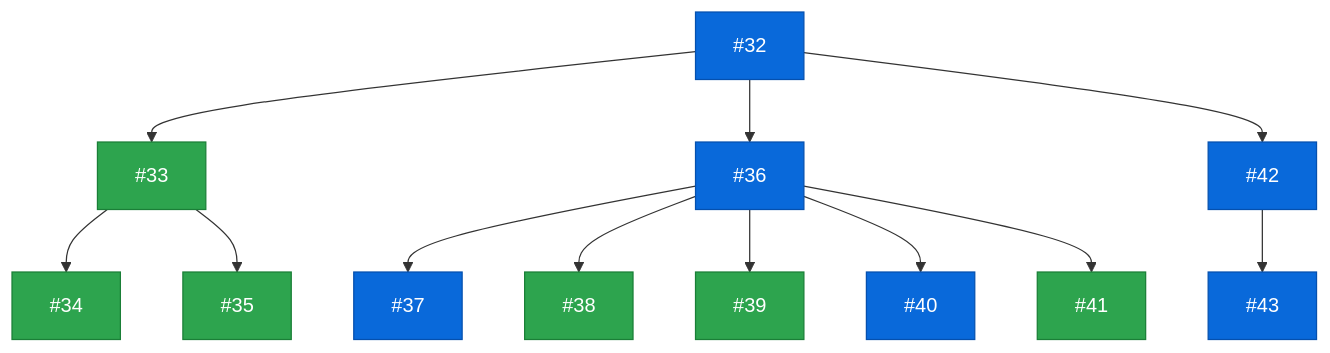
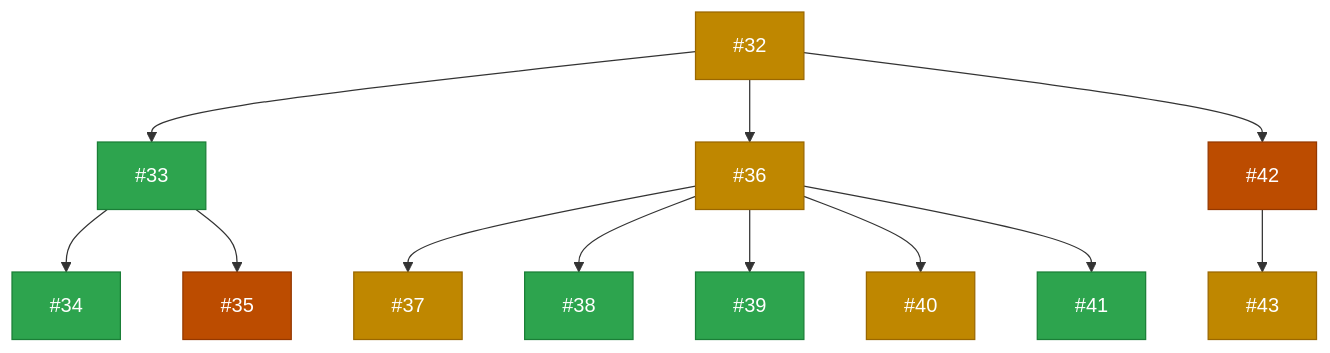
Before and after one commit to zappfish/zapp-requirements-tracker: the fifth of 9 diagrams in README.md, drawn with Mermaid. The commit also changed other lines of this file, not shown here.

Commit message:
Update WBS diagram colors to match project board statuses (#116)

````diff
--- a/README.md
+++ b/README.md
@@ -237,43 +237,43 @@
 ```mermaid
 graph TD
-    R3["#32"]:::upnext
+    R3["#32"]:::inprogress
 
     R3A["#33"]:::backlog
-    R3B["#36"]:::upnext
-    R3C["#42"]:::upnext
+    R3B["#36"]:::inprogress
+    R3C["#42"]:::done
     R3 --> R3A & R3B & R3C
 
     R3A1["#34"]:::backlog
-    R3A2["#35"]:::backlog
+    R3A2["#35"]:::done
     R3A --> R3A1 & R3A2
 
-    R3B1["#37"]:::upnext
+    R3B1["#37"]:::inprogress
     R3B2["#38"]:::backlog
     R3B3["#39"]:::backlog
-    R3B4["#40"]:::upnext
+    R3B4["#40"]:::inprogress
     R3B5["#41"]:::backlog
     R3B --> R3B1 & R3B2 & R3B3 & R3B4 & R3B5
 
-    R3C1["#43"]:::upnext
+    R3C1["#43"]:::inprogress
     R3C --> R3C1
 
     click R3 href "https://github.com/zappfish/zapp-requirements-tracker/issues/32" _blank
     click R3A href "https://github.com/zappfish/zapp-requirements-tracker/issues/33" _blank
     click R3B href "https://github.com/zappfish/zapp-requirements-tracker/issues/36" _blank
     click R3C href "https://github.com/zappfish/zapp-requirements-tracker/issues/42" _blank
     click R3A1 href "https://github.com/zappfish/zapp-requirements-tracker/issues/34" _blank
     click R3A2 href "https://github.com/zappfish/zapp-requirements-tracker/issues/35" _blank
     click R3B1 href "https://github.com/zappfish/zapp-requirements-tracker/issues/37" _blank
     click R3B2 href "https://github.com/zappfish/zapp-requirements-tracker/issues/38" _blank
     click R3B3 href "https://github.com/zappfish/zapp-requirements-tracker/issues/39" _blank
     click R3B4 href "https://github.com/zappfish/zapp-requirements-tracker/issues/40" _blank
     click R3B5 href "https://github.com/zappfish/zapp-requirements-tracker/issues/41" _blank
     click R3C1 href "https://github.com/zappfish/zapp-requirements-tracker/issues/43" _blank
 
     classDef backlog fill:#2da44e,stroke:#1a7f37,color:#fff
     classDef upnext fill:#0969da,stroke:#0550ae,color:#fff
     classDef inprogress fill:#bf8700,stroke:#9a6700,color:#fff
     classDef inreview fill:#8250df,stroke:#6639ba,color:#fff
     classDef stable fill:#bf3989,stroke:#99306f,color:#fff
     classDef done fill:#bc4c00,stroke:#953800,color:#fff
 ```
````
